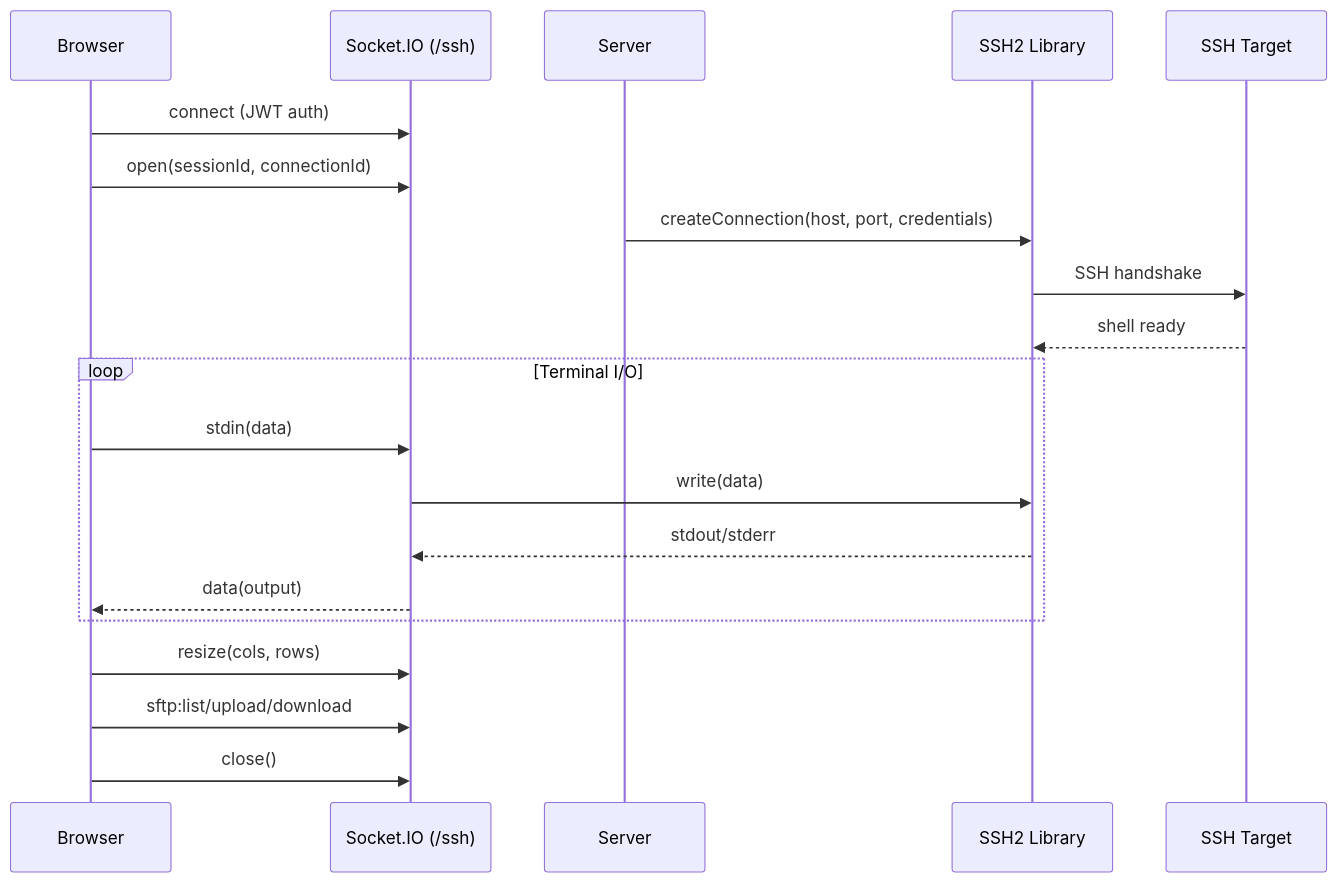
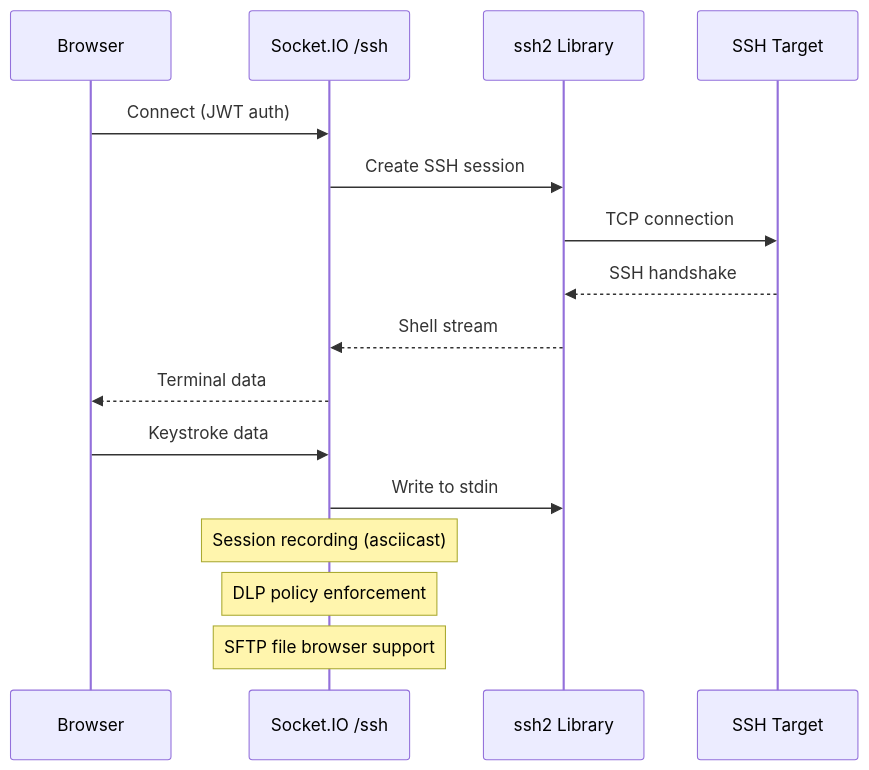
Before and after one commit to dnviti/remote-desktop-manager: the fifth of 11 diagrams in docs/architecture.md, drawn with Mermaid. The commit also changed other lines of this file and 9 other files, not shown here.

````diff
--- a/docs/architecture.md
+++ b/docs/architecture.md
@@ -222,25 +364,19 @@
 ```mermaid
 sequenceDiagram
     participant Browser
-    participant SocketIO as Socket.IO (/ssh)
-    participant Server
-    participant SSH2 as SSH2 Library
+    participant SocketIO as Socket.IO /ssh
+    participant SSH2 as ssh2 Library
     participant Target as SSH Target
 
-    Browser->>SocketIO: connect (JWT auth)
-    Browser->>SocketIO: open(sessionId, connectionId)
-    Server->>SSH2: createConnection(host, port, credentials)
-    SSH2->>Target: SSH handshake
-    Target-->>SSH2: shell ready
-
-    loop Terminal I/O
-        Browser->>SocketIO: stdin(data)
-        SocketIO->>SSH2: write(data)
-        SSH2-->>SocketIO: stdout/stderr
-        SocketIO-->>Browser: data(output)
-    end
-
-    Browser->>SocketIO: resize(cols, rows)
-    Browser->>SocketIO: sftp:list/upload/download
-    Browser->>SocketIO: close()
+    Browser->>SocketIO: Connect (JWT auth)
+    SocketIO->>SSH2: Create SSH session
+    SSH2->>Target: TCP connection
+    Target-->>SSH2: SSH handshake
+    SSH2-->>SocketIO: Shell stream
+    SocketIO-->>Browser: Terminal data
+    Browser->>SocketIO: Keystroke data
+    SocketIO->>SSH2: Write to stdin
+    Note over SocketIO: Session recording (asciicast)
+    Note over SocketIO: DLP policy enforcement
+    Note over SocketIO: SFTP file browser support
 ```
````
